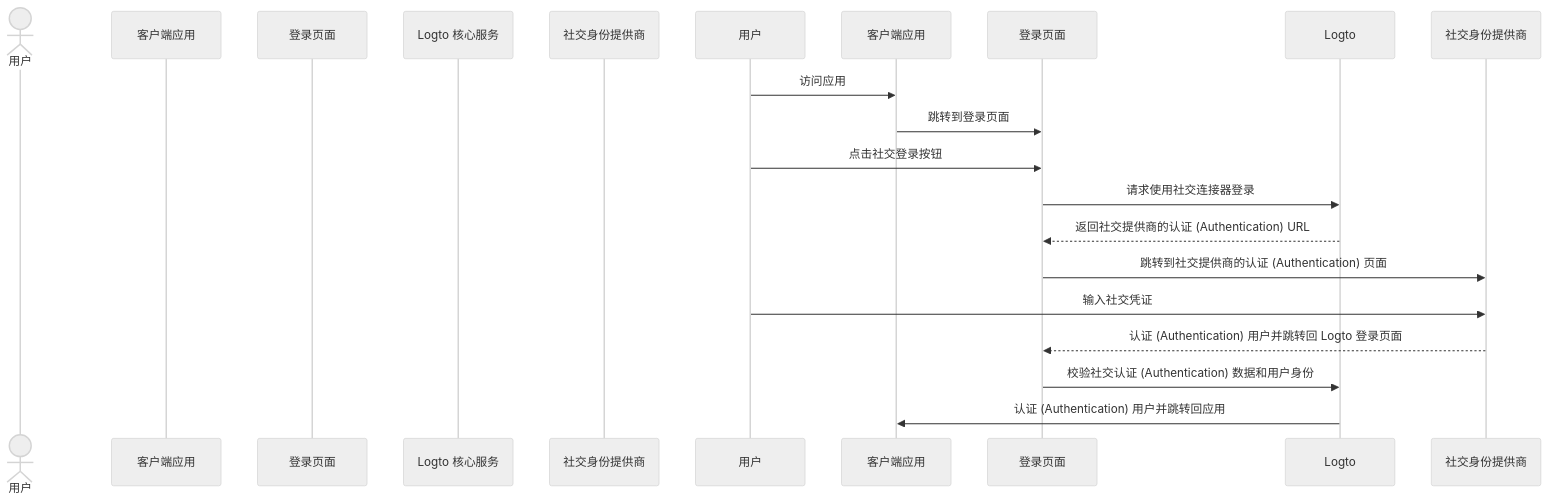
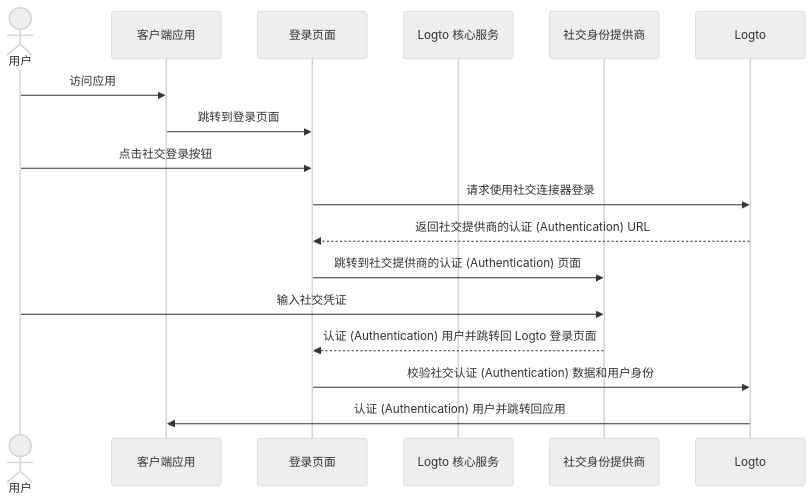
One commit to logto-io/docs changed the first of 6 diagrams in i18n/zh-CN/docusaurus-plugin-content-docs/current/end-user-flows/sign-up-and-sign-in/social-sign-in.mdx. Above: the diagram before and after it, drawn with Mermaid (neutral theme). The commit also changed other lines of this file and 67 other files, not shown here.

````diff
--- a/i18n/zh-CN/docusaurus-plugin-content-docs/current/end-user-flows/sign-up-and-sign-in/social-sign-in.mdx
+++ b/i18n/zh-CN/docusaurus-plugin-content-docs/current/end-user-flows/sign-up-and-sign-in/social-sign-in.mdx
@@ -36,19 +36,19 @@
 ```mermaid
 sequenceDiagram
     actor user as 用户
     participant app as 客户端应用
     participant experience as 登录页面
     participant logto as Logto 核心服务
     participant social as 社交身份提供商
 
-    用户->>客户端应用: 访问应用
-    客户端应用->>登录页面: 跳转到登录页面
-    用户->>登录页面: 点击社交登录按钮
-    登录页面->>Logto: 请求使用社交连接器登录
-    Logto-->>登录页面: 返回社交提供商的认证 (Authentication) URL
-    登录页面->>社交身份提供商: 跳转到社交提供商的认证 (Authentication) 页面
-    用户->>社交身份提供商: 输入社交凭证
-    社交身份提供商-->>登录页面: 认证 (Authentication) 用户并跳转回 Logto 登录页面
-    登录页面->>Logto: 校验社交认证 (Authentication) 数据和用户身份
-    Logto->>客户端应用: 认证 (Authentication) 用户并跳转回应用
+    user->>app: 访问应用
+    app->>experience: 跳转到登录页面
+    user->>experience: 点击社交登录按钮
+    experience->>Logto: 请求使用社交连接器登录
+    Logto-->>experience: 返回社交提供商的认证 (Authentication) URL
+    experience->>social: 跳转到社交提供商的认证 (Authentication) 页面
+    user->>social: 输入社交凭证
+    social-->>experience: 认证 (Authentication) 用户并跳转回 Logto 登录页面
+    experience->>Logto: 校验社交认证 (Authentication) 数据和用户身份
+    Logto->>app: 认证 (Authentication) 用户并跳转回应用
 ```
````
